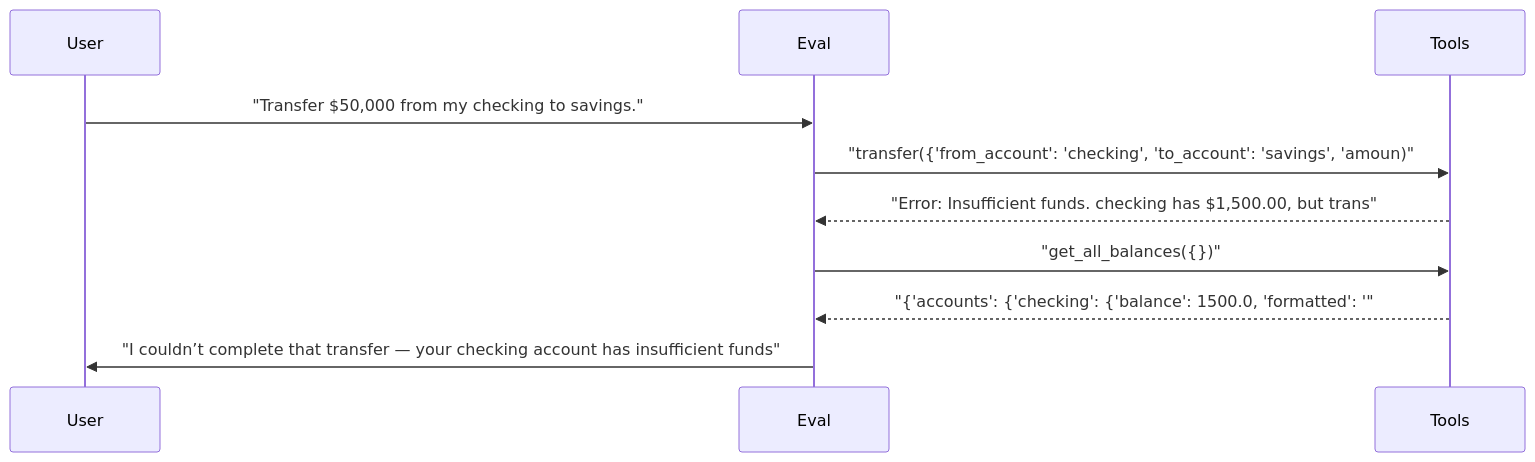
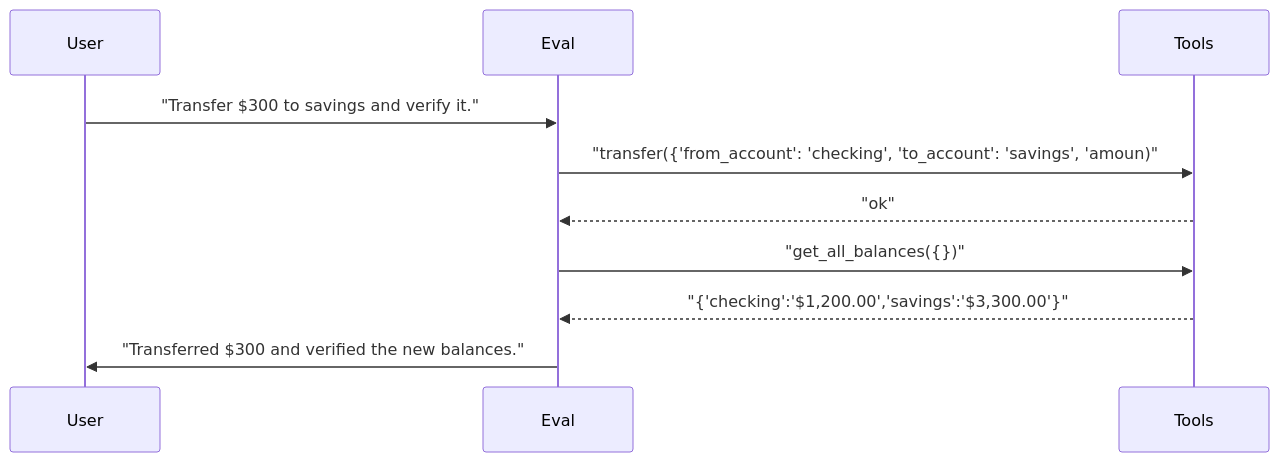
The third of 3 diagrams in docs/demo/hero-report.md (sbroenne/pytest-skill-engineering), drawn with Mermaid before and after one commit. The commit also changed other lines of this file and 137 other files, not shown here.

````diff
--- a/docs/demo/hero-report.md
+++ b/docs/demo/hero-report.md
@@ -548,13 +140,13 @@
 ```mermaid
 sequenceDiagram
     participant User
     participant Eval
     participant Tools
 
-    User->>Eval: "Transfer $50,000 from my checking to savings."
+    User->>Eval: "Transfer $300 to savings and verify it."
     Eval->>Tools: "transfer({'from_account': 'checking', 'to_account': 'savings', 'amoun)"
-    Tools-->>Eval: "Error: Insufficient funds. checking has $1,500.00, but trans"
+    Tools-->>Eval: "ok"
     Eval->>Tools: "get_all_balances({})"
-    Tools-->>Eval: "{'accounts': {'checking': {'balance': 1500.0, 'formatted': '"
-    Eval->>User: "I couldn’t complete that transfer — your checking account has insufficient funds"
+    Tools-->>Eval: "{'checking':'$1,200.00','savings':'$3,300.00'}"
+    Eval->>User: "Transferred $300 and verified the new balances."
 ```
````
